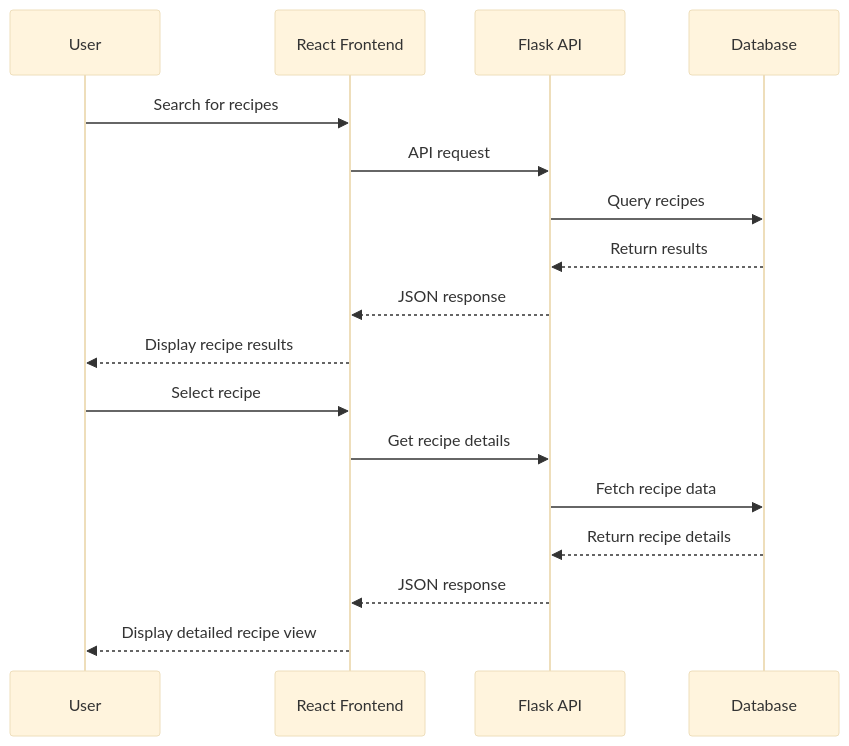
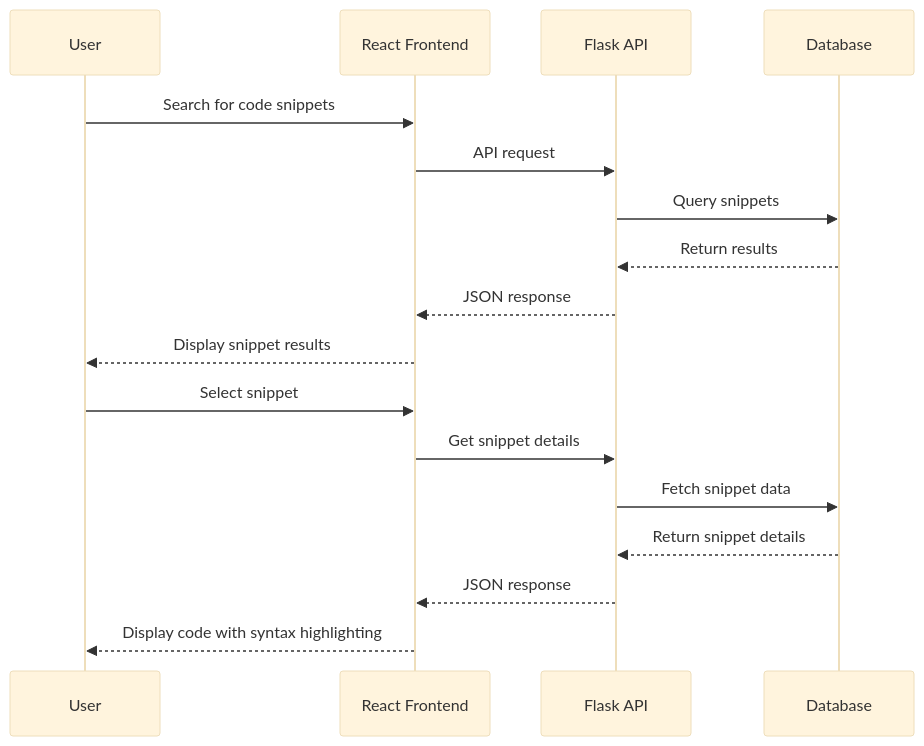
One commit to shinji-Yama77/local-prompt-library changed the second of 3 diagrams in README.md. Above: the diagram before and after it, drawn with Mermaid (base theme). The commit also changed other lines of this file, not shown here.

````diff
--- a/README.md
+++ b/README.md
@@ -48,21 +48,21 @@
 ```mermaid
 sequenceDiagram
     participant User
     participant Frontend as React Frontend
     participant Backend as Flask API
     participant Database
     
-    User->>Frontend: Search for recipes
+    User->>Frontend: Search for code snippets
     Frontend->>Backend: API request
-    Backend->>Database: Query recipes
+    Backend->>Database: Query snippets
     Database-->>Backend: Return results
     Backend-->>Frontend: JSON response
-    Frontend-->>User: Display recipe results
+    Frontend-->>User: Display snippet results
     
-    User->>Frontend: Select recipe
-    Frontend->>Backend: Get recipe details
-    Backend->>Database: Fetch recipe data
-    Database-->>Backend: Return recipe details
+    User->>Frontend: Select snippet
+    Frontend->>Backend: Get snippet details
+    Backend->>Database: Fetch snippet data
+    Database-->>Backend: Return snippet details
     Backend-->>Frontend: JSON response
-    Frontend-->>User: Display detailed recipe view
+    Frontend-->>User: Display code with syntax highlighting
 ```
````
